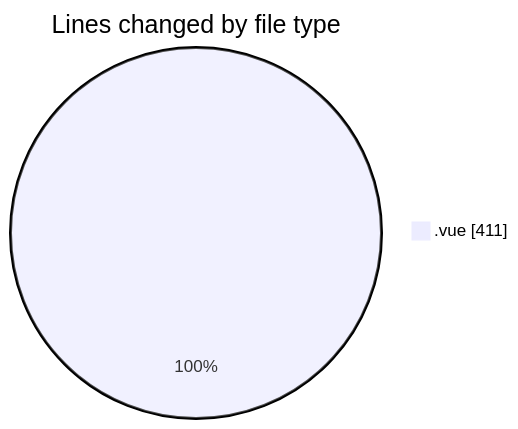
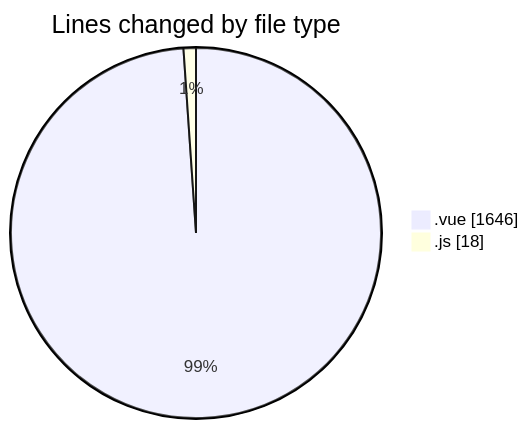
Before and after one commit to lephambinh05/code-tracking: the first of 2 diagrams in 2025-08-13/rentotp/README.md, drawn with Mermaid. The commit also changed other lines of this file and 1 other file, not shown here.

````diff
--- a/2025-08-13/rentotp/README.md
+++ b/2025-08-13/rentotp/README.md
@@ -22,5 +26,6 @@
 ```mermaid
 pie showData
 title Lines changed by file type
-".vue" : 411
+".vue" : 1646
+".js" : 18
 ```
````
